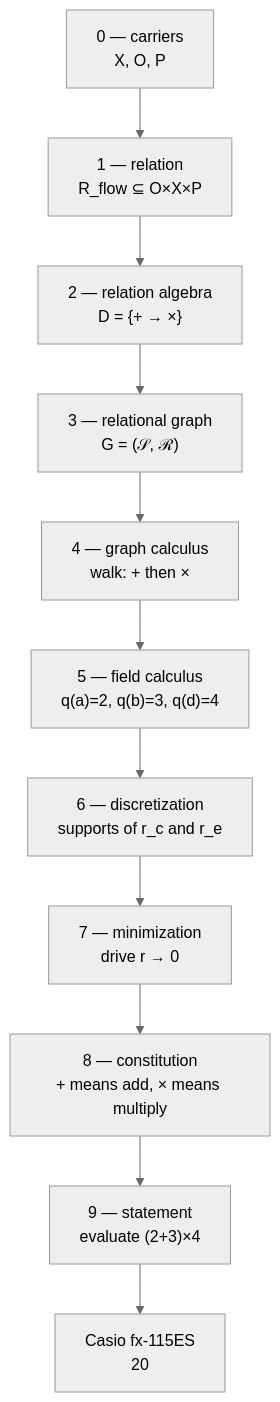
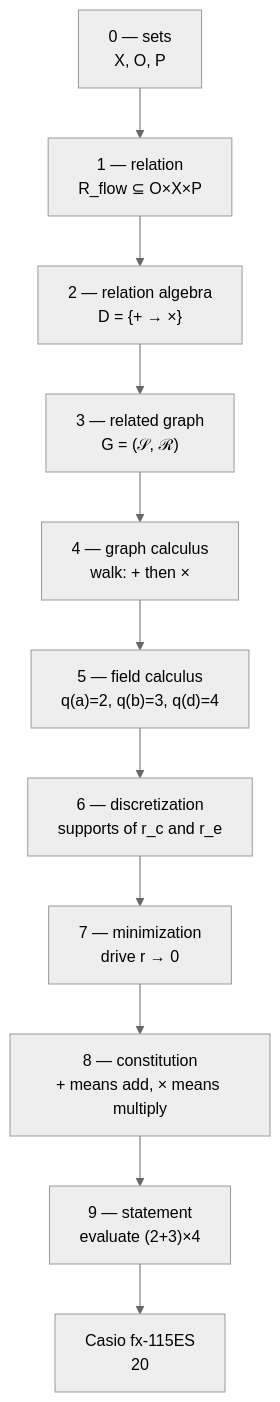
Before and after one commit to komahanb/unstructured-finite-volume: diagram 13 of 14 in test/calculator-tower/README.md, drawn with Mermaid (neutral theme). The commit also changed other lines of this file and 268 other files, not shown here.

````diff
--- a/test/calculator-tower/README.md
+++ b/test/calculator-tower/README.md
@@ -798,16 +798,16 @@
 ```mermaid
 flowchart TB
-    L0["0 — carriers<br/>X, O, P"]
+    L0["0 — sets<br/>X, O, P"]
     L1["1 — relation<br/>R_flow ⊆ O×X×P"]
     L2["2 — relation algebra<br/>D = {+ → ×}"]
-    L3["3 — relational graph<br/>G = (𝒮, ℛ)"]
+    L3["3 — related graph<br/>G = (𝒮, ℛ)"]
     L4["4 — graph calculus<br/>walk: + then ×"]
     L5["5 — field calculus<br/>q(a)=2, q(b)=3, q(d)=4"]
     L6["6 — discretization<br/>supports of r_c and r_e"]
     L7["7 — minimization<br/>drive r → 0"]
     L8["8 — constitution<br/>+ means add, × means multiply"]
     L9["9 — statement<br/>evaluate (2+3)×4"]
     C["Casio fx-115ES<br/>20"]
 
     L0 --> L1 --> L2 --> L3 --> L4 --> L5 --> L6 --> L7 --> L8 --> L9 --> C
 ```
````
